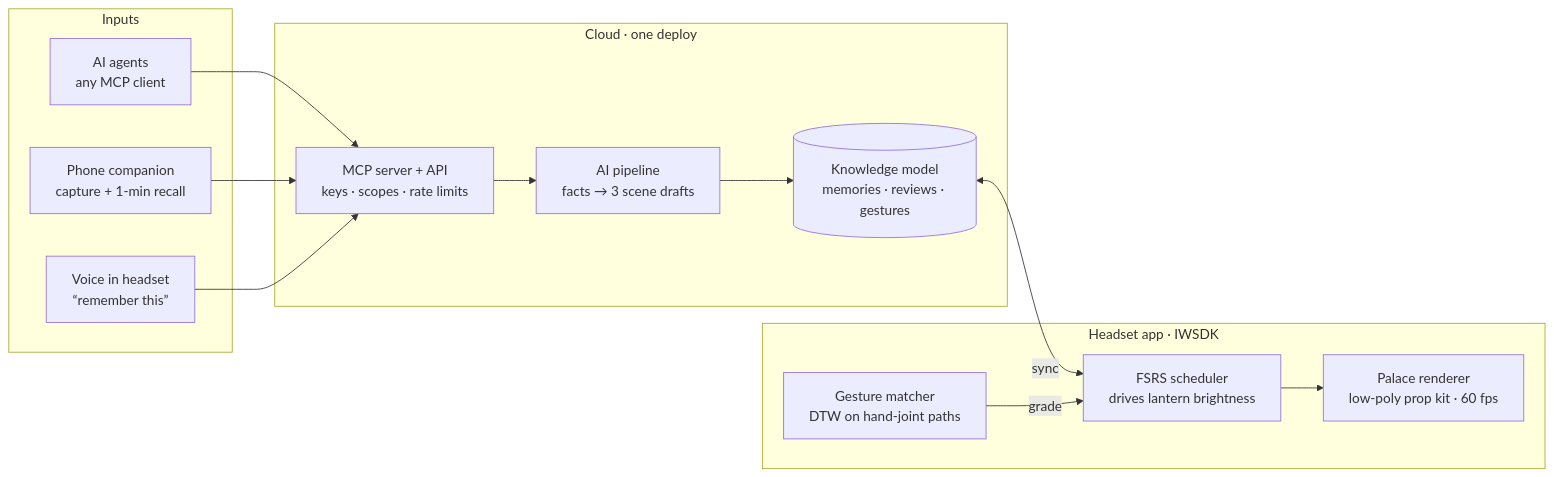
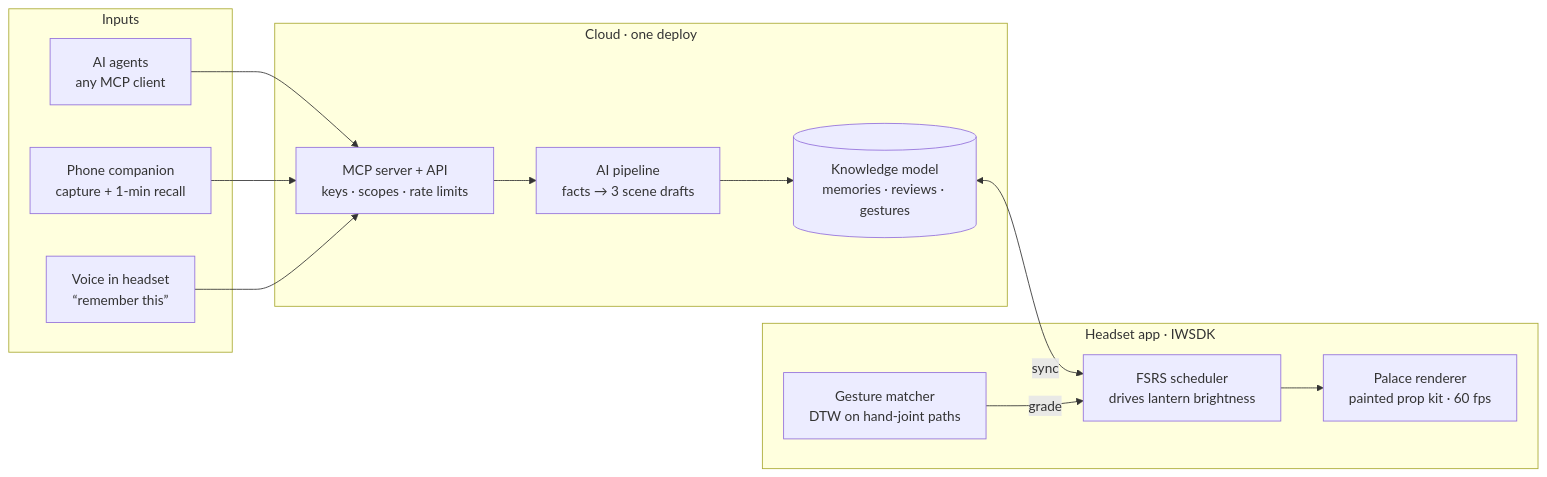
One commit to Aaditya1273/engram changed the second of 2 diagrams in README.md. Above: the diagram before and after it, drawn with Mermaid. The commit also changed other lines of this file and 43 other files, not shown here.

````diff
--- a/README.md
+++ b/README.md
@@ -210,28 +210,28 @@
 ```mermaid
 flowchart LR
     subgraph Inputs
         AG[AI agents<br/>any MCP client]
         PH[Phone companion<br/>capture + 1-min recall]
         VO[Voice in headset<br/>“remember this”]
     end
 
     subgraph Cloud["Cloud · one deploy"]
         MCP[MCP server + API<br/>keys · scopes · rate limits]
         PIPE[AI pipeline<br/>facts → 3 scene drafts]
         KM[(Knowledge model<br/>memories · reviews · gestures)]
     end
 
     subgraph Headset["Headset app · IWSDK"]
-        REN[Palace renderer<br/>low-poly prop kit · 60 fps]
+        REN[Palace renderer<br/>painted prop kit · 60 fps]
         GM[Gesture matcher<br/>DTW on hand-joint paths]
         FS[FSRS scheduler<br/>drives lantern brightness]
     end
 
     AG --> MCP
     PH --> MCP
     VO --> MCP
     MCP --> PIPE --> KM
     KM <-->|sync| FS
     GM -->|grade| FS
     FS --> REN
 ```
````
